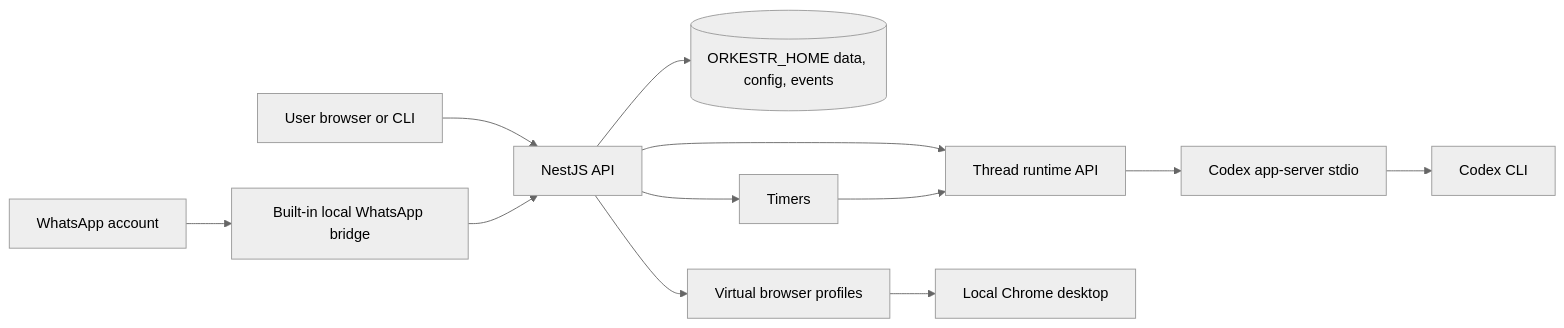
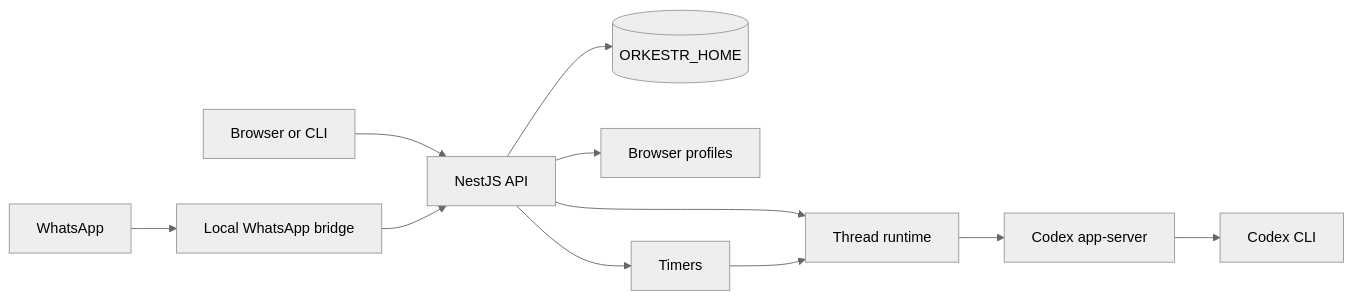
The diagram in README.md (otcan/orkestr), drawn with Mermaid (neutral theme) before and after one commit. The commit also changed other lines of this file, not shown here.

````diff
--- a/README.md
+++ b/README.md
@@ -510,14 +136,13 @@
 ```mermaid
 flowchart LR
-  User[User browser or CLI] --> API[NestJS API]
-  WhatsApp[WhatsApp account] --> Bridge[Built-in local WhatsApp bridge]
+  User[Browser or CLI] --> API[NestJS API]
+  WhatsApp[WhatsApp] --> Bridge[Local WhatsApp bridge]
   Bridge --> API
-  API --> Store[(ORKESTR_HOME data, config, events)]
-  API --> Threads[Thread runtime API]
-  Threads --> AppServer[Codex app-server stdio]
+  API --> Store[(ORKESTR_HOME)]
+  API --> Threads[Thread runtime]
+  Threads --> AppServer[Codex app-server]
   AppServer --> Codex[Codex CLI]
-  API --> Browsers[Virtual browser profiles]
-  Browsers --> Desktop[Local Chrome desktop]
+  API --> Browsers[Browser profiles]
   API --> Timers[Timers]
   Timers --> Threads
 ```
````
